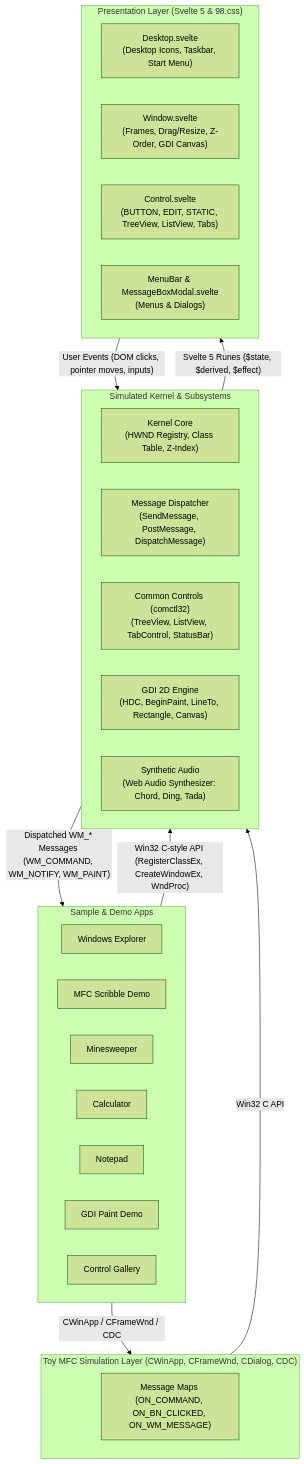
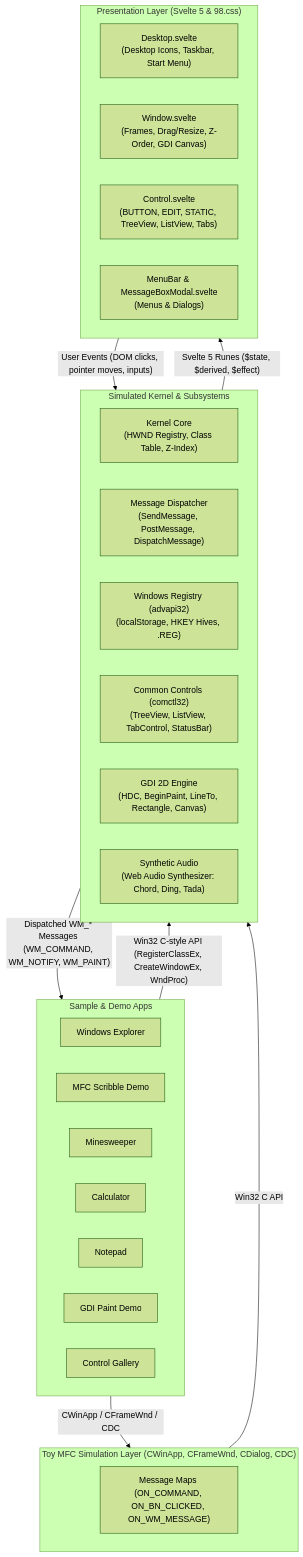
One commit to net-pilgrim/win32-svelte changed the diagram in README.md. Above: the diagram before and after it, drawn with Mermaid (forest theme). The commit also changed other lines of this file and 11 other files, not shown here.

Commit message:
Implement client-side Windows Registry, Regedit GUI, Lua bindings, and tests

````diff
--- a/README.md
+++ b/README.md
@@ -118,38 +118,39 @@
 ```mermaid
 flowchart TD
     subgraph Apps["Sample & Demo Apps"]
         Explorer["Windows Explorer"]
         MfcScribble["MFC Scribble Demo"]
         Minesweeper["Minesweeper"]
         Calculator["Calculator"]
         Notepad["Notepad"]
         PaintDemo["GDI Paint Demo"]
         ControlGallery["Control Gallery"]
     end
 
     subgraph MfcLayer["Toy MFC Simulation Layer (CWinApp, CFrameWnd, CDialog, CDC)"]
         MessageMaps["Message Maps (ON_COMMAND, ON_BN_CLICKED, ON_WM_MESSAGE)"]
     end
 
     subgraph KernelSubsystem["Simulated Kernel & Subsystems"]
         KernelCore["Kernel Core<br/>(HWND Registry, Class Table, Z-Index)"]
         MsgPump["Message Dispatcher<br/>(SendMessage, PostMessage, DispatchMessage)"]
+        Registry["Windows Registry (advapi32)<br/>(localStorage, HKEY Hives, .REG)"]
         ComCtl32["Common Controls (comctl32)<br/>(TreeView, ListView, TabControl, StatusBar)"]
         GDI["GDI 2D Engine<br/>(HDC, BeginPaint, LineTo, Rectangle, Canvas)"]
         Audio["Synthetic Audio<br/>(Web Audio Synthesizer: Chord, Ding, Tada)"]
     end
 
     subgraph Presentation["Presentation Layer (Svelte 5 & 98.css)"]
         Desktop["Desktop.svelte<br/>(Desktop Icons, Taskbar, Start Menu)"]
         Window["Window.svelte<br/>(Frames, Drag/Resize, Z-Order, GDI Canvas)"]
         Control["Control.svelte<br/>(BUTTON, EDIT, STATIC, TreeView, ListView, Tabs)"]
         Modals["MenuBar & MessageBoxModal.svelte<br/>(Menus & Dialogs)"]
     end
 
     Apps -->|"CWinApp / CFrameWnd / CDC"| MfcLayer
     MfcLayer -->|"Win32 C API"| KernelSubsystem
     Apps -->|"Win32 C-style API (RegisterClassEx, CreateWindowEx, WndProc)"| KernelSubsystem
     KernelSubsystem -->|"Svelte 5 Runes ($state, $derived, $effect)"| Presentation
     Presentation -->|"User Events (DOM clicks, pointer moves, inputs)"| KernelSubsystem
     KernelSubsystem -->|"Dispatched WM_* Messages (WM_COMMAND, WM_NOTIFY, WM_PAINT)"| Apps
 ```
````
